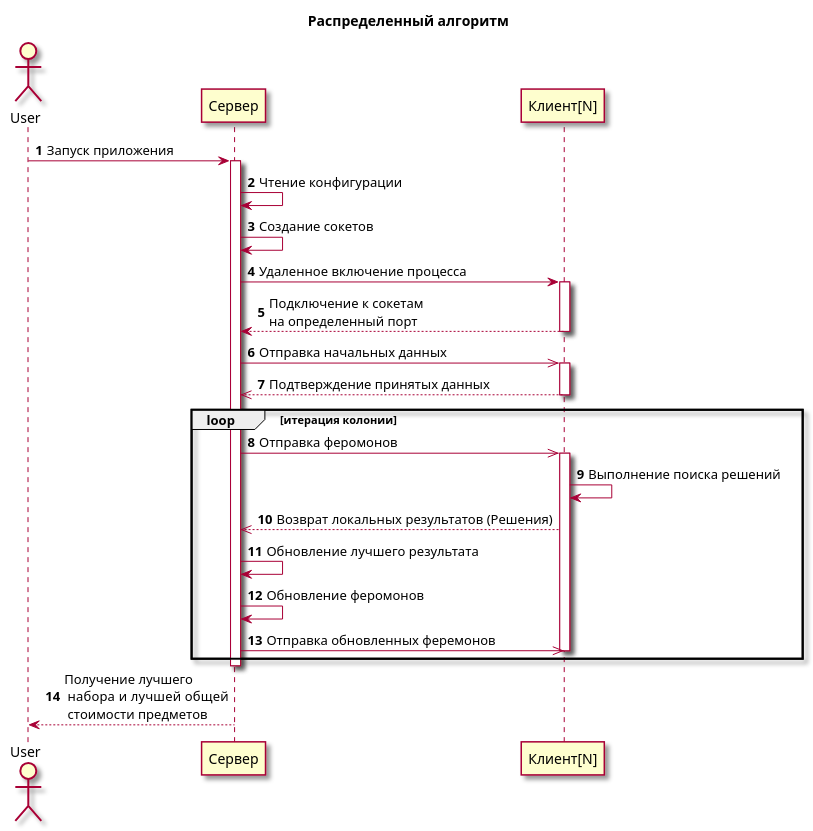
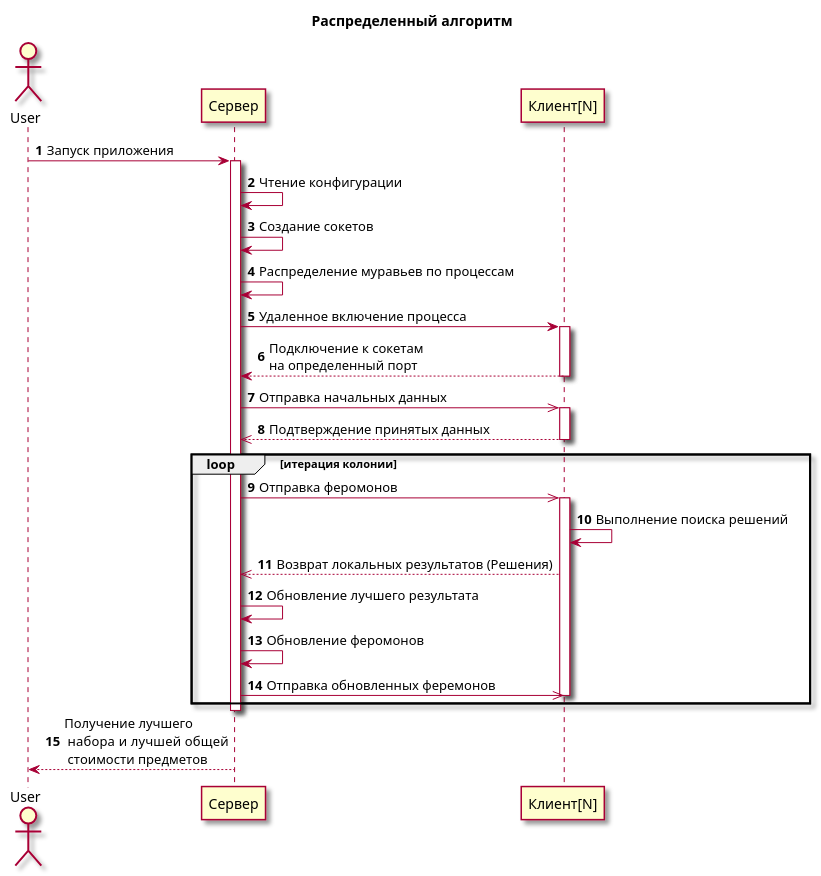
One commit to MyfirstAcc/AntDist changed the diagram in SequenceDiagram.wsd. Above: the diagram before and after it, drawn with PlantUML.

```diff
--- a/SequenceDiagram.wsd
+++ b/SequenceDiagram.wsd
@@ -1,40 +1,41 @@
 @startuml ElDoc
 
 autonumber
 title Распределенный алгоритм
 skin rose
 actor User
 participant Server as "Сервер"
 participant Client as "Клиент[N]"
 
 User -> Server : Запуск приложения
 activate Server
 Server -> Server : Чтение конфигурации
 Server -> Server : Создание сокетов
+Server -> Server : Распределение муравьев по процессам
 Server -> Client : Удаленное включение процесса
 activate Client
 
 Client --> Server : Подключение к сокетам \nна определенный порт
 deactivate Client
 
 Server ->> Client: Отправка начальных данных
 activate Client
 
 Client -->> Server: Подтверждение принятых данных
 deactivate Client
 
 
 loop итерация колонии
 Server ->> Client: Отправка феромонов
 activate Client
 Client -> Client: Выполнение поиска решений
 Client -->> Server: Возврат локальных результатов (Решения)
 Server -> Server : Обновление лучшего результата
 Server -> Server: Обновление феромонов
 Server ->> Client: Отправка обновленных феремонов
 deactivate Client
 end
 deactivate Server
 
 Server --> User : Получение лучшего\n набора и  лучшей общей\n стоимости предметов 
 @enduml
```
